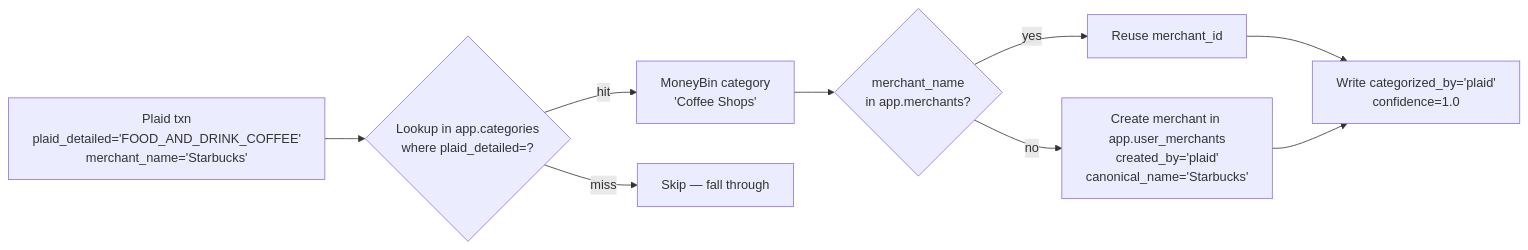
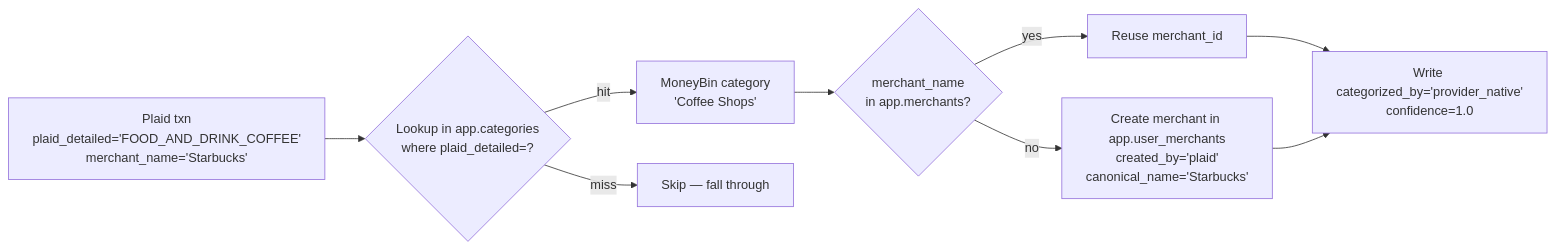
Before and after one commit to bsaffel/moneybin: the third of 8 diagrams in docs/specs/categorization-cold-start.md, drawn with Mermaid. The commit also changed other lines of this file and 42 other files, not shown here.

````diff
--- a/docs/specs/categorization-cold-start.md
+++ b/docs/specs/categorization-cold-start.md
@@ -87,11 +87,11 @@
 ```mermaid
 flowchart LR
     A["Plaid txn<br/>plaid_detailed='FOOD_AND_DRINK_COFFEE'<br/>merchant_name='Starbucks'"] --> B{"Lookup in app.categories<br/>where plaid_detailed=?"}
     B -->|hit| C["MoneyBin category<br/>'Coffee Shops'"]
     B -->|miss| D[Skip — fall through]
     C --> E{"merchant_name<br/>in app.merchants?"}
     E -->|yes| F[Reuse merchant_id]
     E -->|no| G["Create merchant in app.user_merchants<br/>created_by='plaid'<br/>canonical_name='Starbucks'"]
-    F --> H["Write categorized_by='plaid'<br/>confidence=1.0"]
+    F --> H["Write categorized_by='provider_native'<br/>confidence=1.0"]
     G --> H
 ```
````
